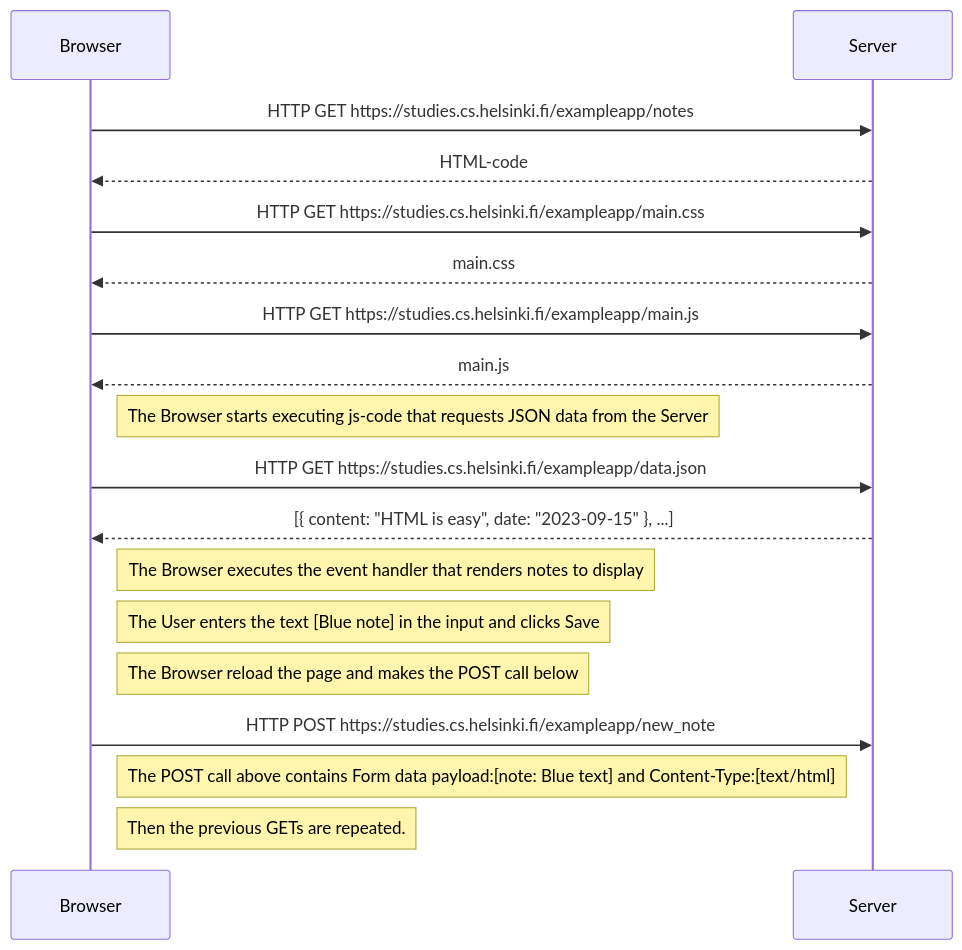
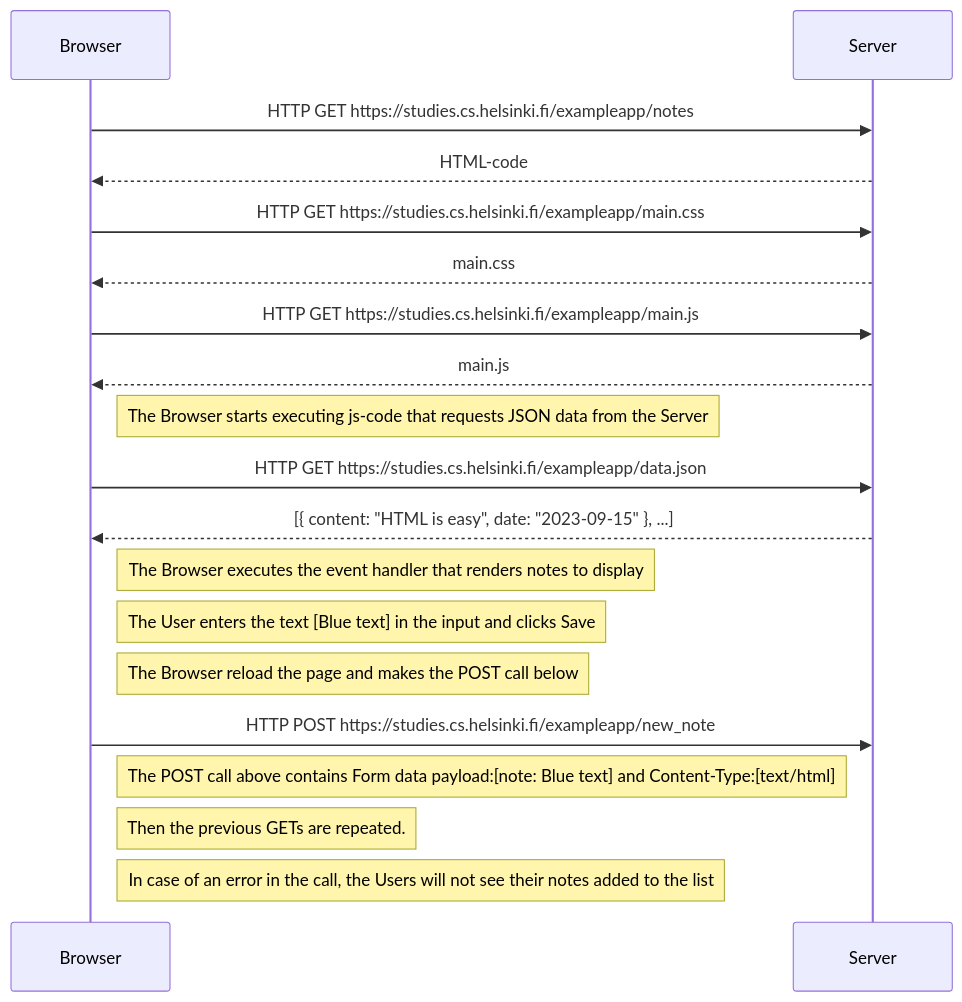
Before and after one commit to caballeroluis/fullstackopen: the diagram in part00/0.4: New note diagram.md, drawn with Mermaid. The commit also changed 1 other file, not shown here.

Commit message:
0.5: Single page app diagram

````diff
--- a/part00/0.4: New note diagram.md
+++ b/part00/0.4: New note diagram.md
@@ -1,38 +1,39 @@
 ```mermaid
 sequenceDiagram
     participant Browser
 
     participant Server
 
     Browser->>Server: HTTP GET https://studies.cs.helsinki.fi/exampleapp/notes
 
     Server-->>Browser: HTML-code
 
     Browser->>Server: HTTP GET https://studies.cs.helsinki.fi/exampleapp/main.css
 
     Server-->>Browser: main.css
 
     Browser->>Server: HTTP GET https://studies.cs.helsinki.fi/exampleapp/main.js
 
     Server-->>Browser: main.js
 
     Note right of Browser: The Browser starts executing js-code that requests JSON data from the Server
 
     Browser->>Server: HTTP GET https://studies.cs.helsinki.fi/exampleapp/data.json
 
     Server-->>Browser: [{ content: "HTML is easy", date: "2023-09-15" }, ...]
 
     Note right of Browser: The Browser executes the event handler that renders notes to display
 
-    Note right of Browser: The User enters the text [Blue note] in the input and clicks Save
+    Note right of Browser: The User enters the text [Blue text] in the input and clicks Save
 
     Note right of Browser: The Browser reload the page and makes the POST call below
 
     Browser->>Server: HTTP POST https://studies.cs.helsinki.fi/exampleapp/new_note
 
     Note right of Browser: The POST call above contains Form data payload:[note: Blue text] and Content-Type:[text/html]
 
     Note right of Browser: Then the previous GETs are repeated.
 
+    Note right of Browser: In case of an error in the call, the Users will not see their notes added to the list
 
 ```
````
